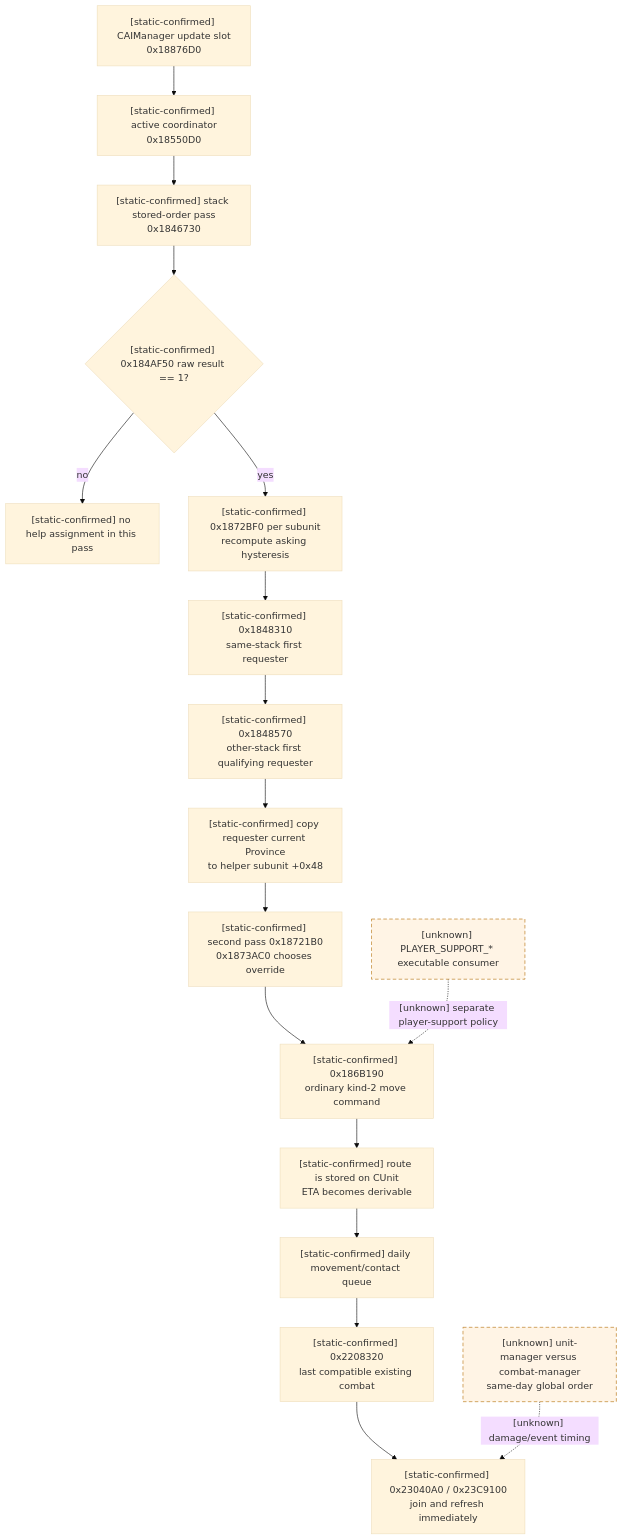
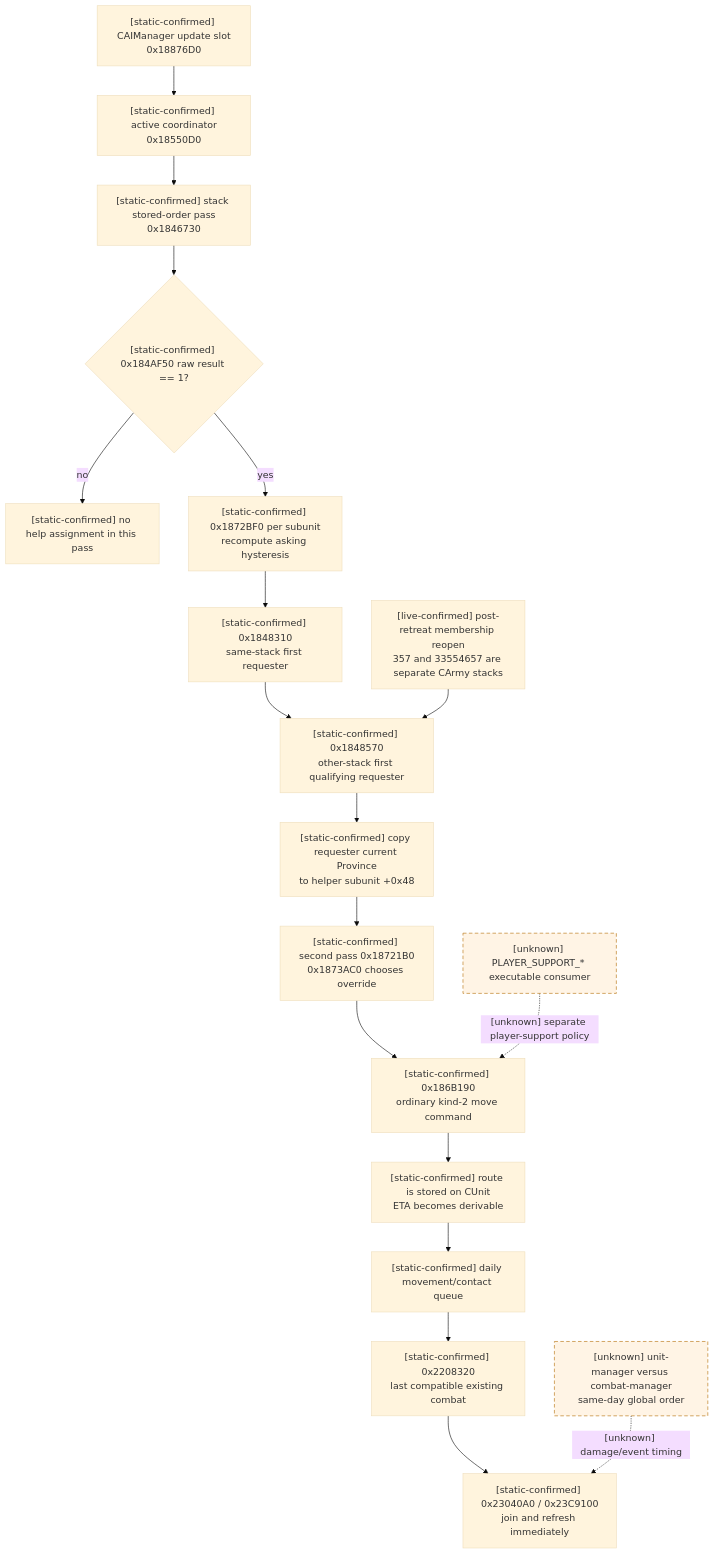
Before and after one commit to XenoAmess/ck3_eternal_recurrence: the first of 3 diagrams in docs/ck3-native-ai/battle-reinforcement-and-join.md, drawn with Mermaid (base theme). The commit also changed other lines of this file and 66 other files, not shown here.

````diff
--- a/docs/ck3-native-ai/battle-reinforcement-and-join.md
+++ b/docs/ck3-native-ai/battle-reinforcement-and-join.md
@@ -48,21 +48,22 @@
 ```mermaid
 flowchart TD
     M["[static-confirmed] CAIManager update slot<br/>0x18876D0"] --> C["[static-confirmed] active coordinator<br/>0x18550D0"]
     C --> S["[static-confirmed] stack stored-order pass<br/>0x1846730"]
     S --> G{"[static-confirmed] 0x184AF50 raw result == 1?"}
     G -->|no| NEXT["[static-confirmed] no help assignment in this pass"]
     G -->|yes| A["[static-confirmed] 0x1872BF0 per subunit<br/>recompute asking hysteresis"]
     A --> I["[static-confirmed] 0x1848310<br/>same-stack first requester"]
     I --> E["[static-confirmed] 0x1848570<br/>other-stack first qualifying requester"]
+    L["[live-confirmed] post-retreat membership reopen<br/>357 and 33554657 are separate CArmy stacks"] --> E
     E --> P["[static-confirmed] copy requester current Province<br/>to helper subunit +0x48"]
     P --> D["[static-confirmed] second pass 0x18721B0<br/>0x1873AC0 chooses override"]
     D --> O["[static-confirmed] 0x186B190<br/>ordinary kind-2 move command"]
     O --> R["[static-confirmed] route is stored on CUnit<br/>ETA becomes derivable"]
     R --> Q["[static-confirmed] daily movement/contact queue"]
     Q --> J["[static-confirmed] 0x2208320<br/>last compatible existing combat"]
     J --> F["[static-confirmed] 0x23040A0 / 0x23C9100<br/>join and refresh immediately"]
     PS["[unknown] PLAYER_SUPPORT_* executable consumer"] -. "[unknown] separate player-support policy" .-> O
     X["[unknown] unit-manager versus combat-manager<br/>same-day global order"] -. "[unknown] damage/event timing" .-> F
     classDef unknown stroke-dasharray: 6 4,fill:#fff4e5,stroke:#b36b00;
     class PS,X unknown;
 ```
````
